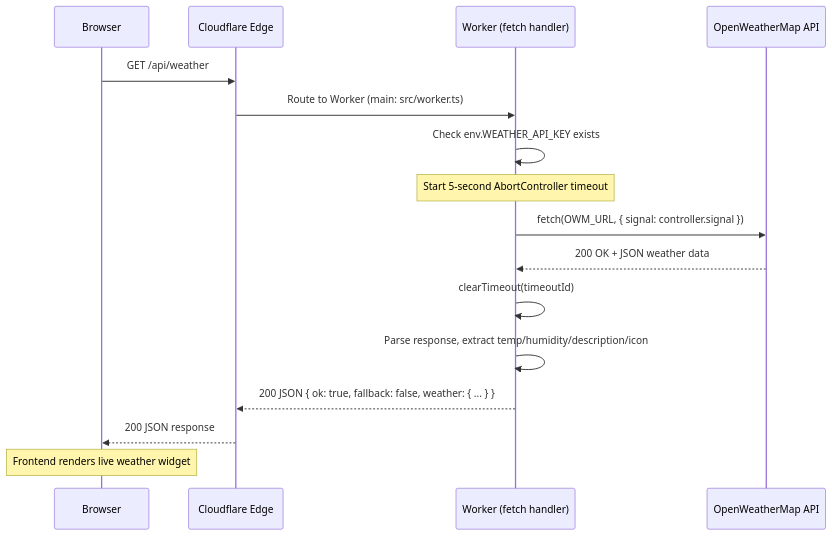
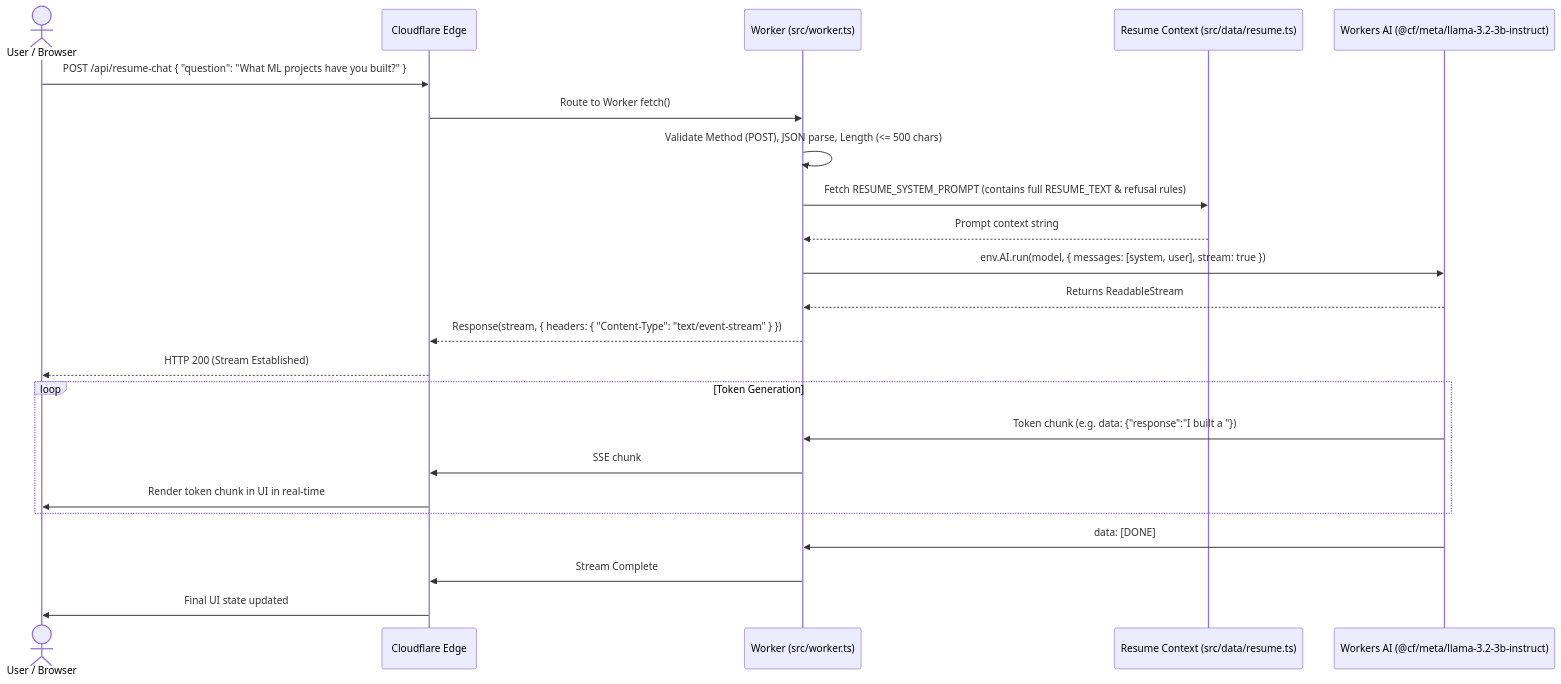
One commit to sricharanchowdary/sri-charan changed the first of 4 diagrams in SEQUENCE-DIAGRAMS.md. Above: the diagram before and after it, drawn with Mermaid. The commit also changed other lines of this file and 4 other files, not shown here.

Commit message:
docs: add HLD, sequence diagrams, architecture tour, evals catalog, and decisions for AI feature

````diff
--- a/SEQUENCE-DIAGRAMS.md
+++ b/SEQUENCE-DIAGRAMS.md
@@ -5,24 +5,31 @@
 ```mermaid
 sequenceDiagram
-    participant B as Browser
+    actor U as User / Browser
     participant CF as Cloudflare Edge
-    participant W as Worker (fetch handler)
-    participant OWM as OpenWeatherMap API
+    participant W as Worker (src/worker.ts)
+    participant R as Resume Context (src/data/resume.ts)
+    participant AI as Workers AI (@cf/meta/llama-3.2-3b-instruct)
 
-    B->>CF: GET /api/weather
-    CF->>W: Route to Worker (main: src/worker.ts)
-    W->>W: Check env.WEATHER_API_KEY exists
+    U->>CF: POST /api/resume-chat { "question": "What ML projects have you built?" }
+    CF->>W: Route to Worker fetch()
 
-    Note over W: Start 5-second AbortController timeout
+    W->>W: Validate Method (POST), JSON parse, Length (<= 500 chars)
+    W->>R: Fetch RESUME_SYSTEM_PROMPT (contains full RESUME_TEXT & refusal rules)
+    R-->>W: Prompt context string
 
-    W->>OWM: fetch(OWM_URL, { signal: controller.signal })
-    OWM-->>W: 200 OK + JSON weather data
+    W->>AI: env.AI.run(model, { messages: [system, user], stream: true })
+    AI-->>W: Returns ReadableStream
 
-    W->>W: clearTimeout(timeoutId)
-    W->>W: Parse response, extract temp/humidity/description/icon
+    W-->>CF: Response(stream, { headers: { "Content-Type": "text/event-stream" } })
+    CF-->>U: HTTP 200 (Stream Established)
 
-    W-->>CF: 200 JSON { ok: true, fallback: false, weather: { ... } }
-    CF-->>B: 200 JSON response
+    loop Token Generation
+        AI->>W: Token chunk (e.g. data: {"response":"I built a "})
+        W->>CF: SSE chunk
+        CF->>U: Render token chunk in UI in real-time
+    end
 
-    Note over B: Frontend renders live weather widget
+    AI->>W: data: [DONE]
+    W->>CF: Stream Complete
+    CF->>U: Final UI state updated
 ```
````
